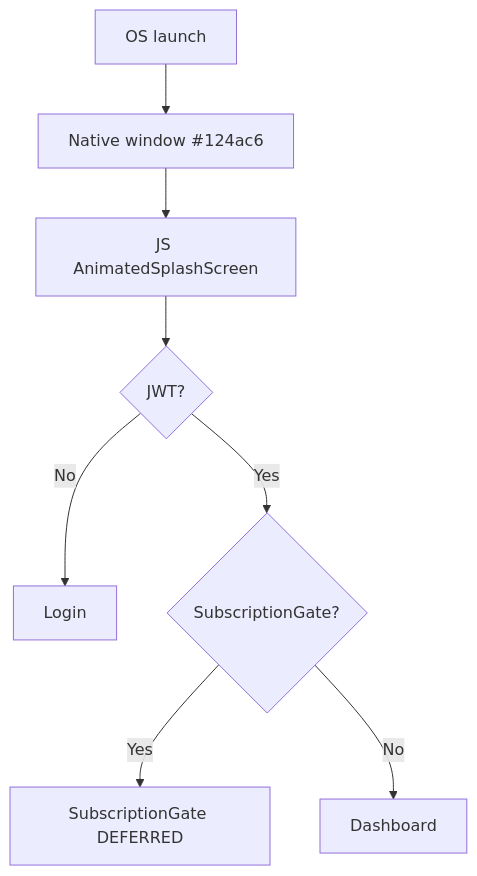
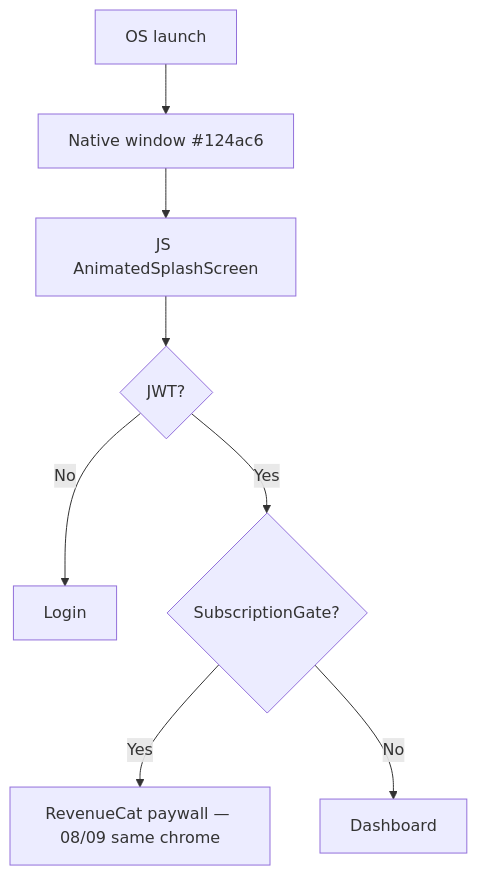
The diagram in design/04-User-Flows/App-Launch.md (DhruvDave01/territorool-ai-brain), drawn with Mermaid before and after one commit. The commit also changed other lines of this file and 56 other files, not shown here.

First line of the commit message:
Train the mobile design notes from the numbered iOS still pack and wire those notes into the graph.

````diff
--- a/design/04-User-Flows/App-Launch.md
+++ b/design/04-User-Flows/App-Launch.md
@@ -13,10 +15,10 @@
 ```mermaid
 flowchart TD
   A[OS launch] --> B[Native window #124ac6]
   B --> C[JS AnimatedSplashScreen]
   C --> D{JWT?}
   D -->|No| E[Login]
   D -->|Yes| F{SubscriptionGate?}
-  F -->|Yes| G[SubscriptionGate DEFERRED]
+  F -->|Yes| G[RevenueCat paywall — 08/09 same chrome]
   F -->|No| H[Dashboard]
 ```
````
